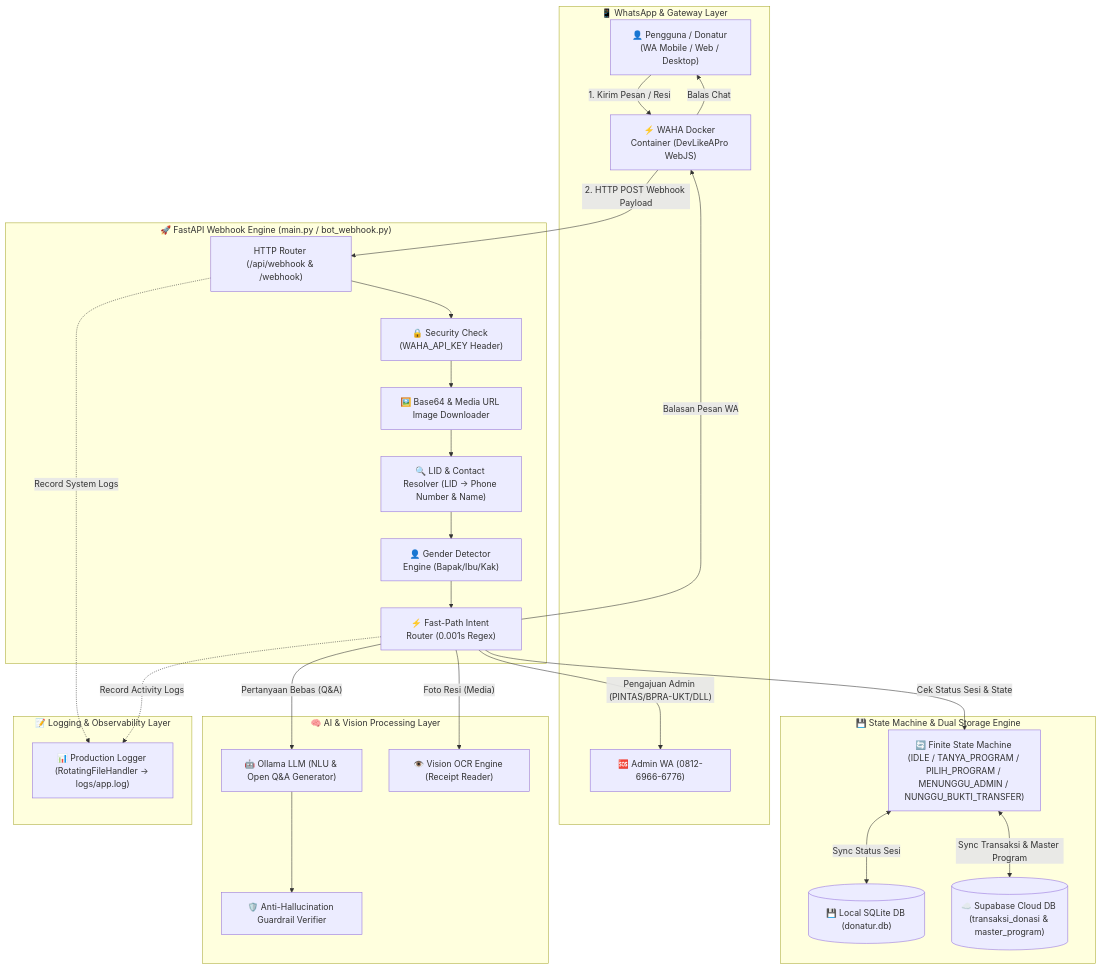
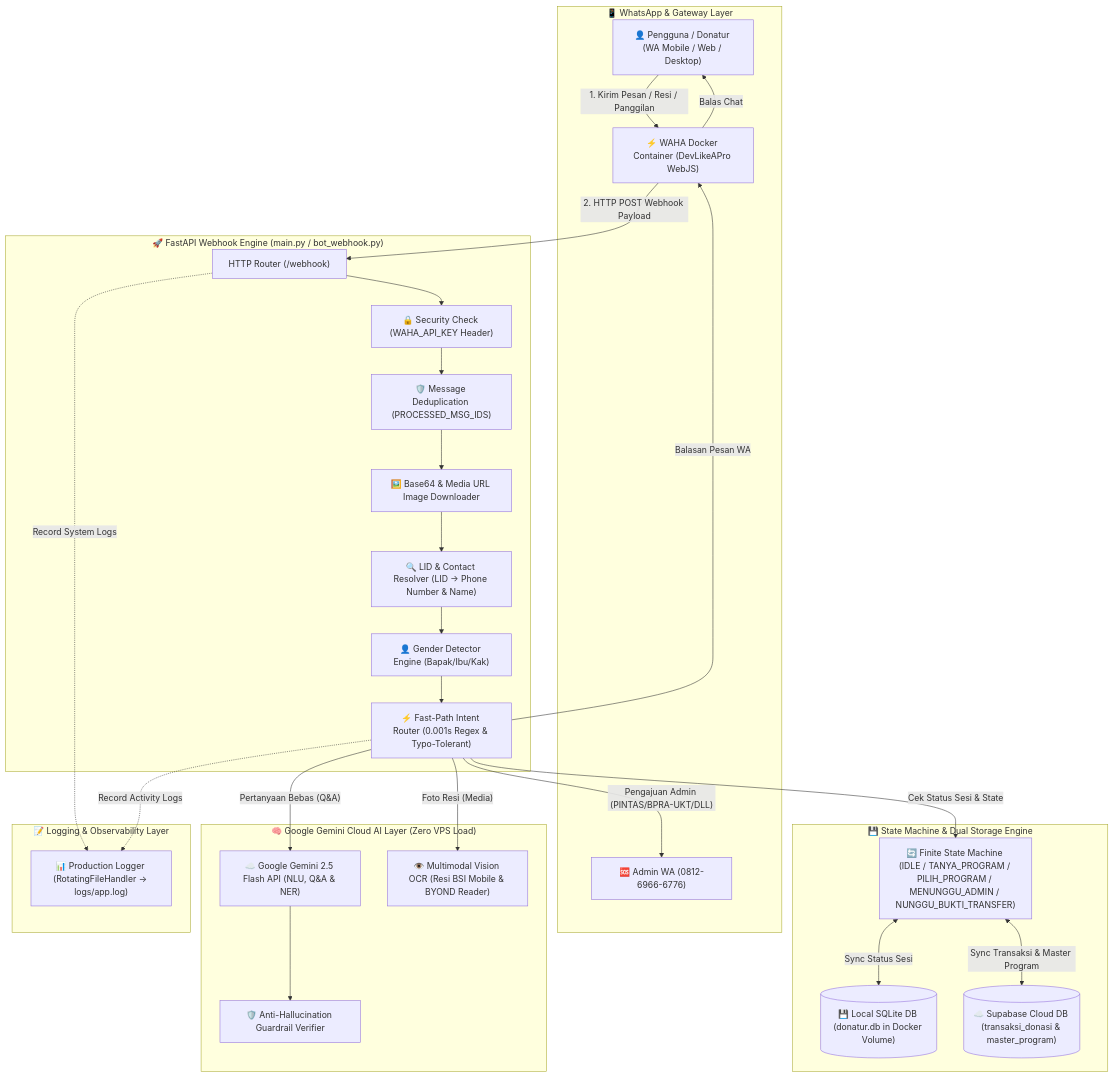
Before and after one commit to WafiJackson/Chatbot_Rumah_Amal: the first of 7 diagrams in README.md, drawn with Mermaid. The commit also changed other lines of this file and 1 other file, not shown here.

Commit message:
cloud api migration

````diff
--- a/README.md
+++ b/README.md
@@ -11,56 +11,58 @@
 ```mermaid
 flowchart TD
     subgraph WA_Layer ["📱 WhatsApp & Gateway Layer"]
         User["👤 Pengguna / Donatur (WA Mobile / Web / Desktop)"]
         WAHA["⚡ WAHA Docker Container (DevLikeAPro WebJS)"]
         AdminWA["🆘 Admin WA (0812-6966-6776)"]
     end
 
     subgraph App_Layer ["🚀 FastAPI Webhook Engine (main.py / bot_webhook.py)"]
-        Router["HTTP Router (/api/webhook & /webhook)"]
+        Router["HTTP Router (/webhook)"]
         AuthCheck["🔒 Security Check (WAHA_API_KEY Header)"]
+        Deduplication["🛡️ Message Deduplication (PROCESSED_MSG_IDS)"]
         GenderEngine["👤 Gender Detector Engine (Bapak/Ibu/Kak)"]
         MediaDecoder["🖼️ Base64 & Media URL Image Downloader"]
         LIDResolver["🔍 LID & Contact Resolver (LID -> Phone Number & Name)"]
-        FastPath["⚡ Fast-Path Intent Router (0.001s Regex)"]
+        FastPath["⚡ Fast-Path Intent Router (0.001s Regex & Typo-Tolerant)"]
     end
 
     subgraph State_Layer ["💾 State Machine & Dual Storage Engine"]
         FSM["🔄 Finite State Machine (IDLE / TANYA_PROGRAM / PILIH_PROGRAM / MENUNGGU_ADMIN / NUNGGU_BUKTI_TRANSFER)"]
-        SQLiteDB[("💾 Local SQLite DB (donatur.db)")]
+        SQLiteDB[("💾 Local SQLite DB (donatur.db in Docker Volume)")]
         SupabaseDB[("☁️ Supabase Cloud DB (transaksi_donasi & master_program)")]
     end
 
-    subgraph AI_Layer ["🧠 AI & Vision Processing Layer"]
-        OllamaLLM["🤖 Ollama LLM (NLU & Open Q&A Generator)"]
+    subgraph AI_Layer ["🧠 Google Gemini Cloud AI Layer (Zero VPS Load)"]
+        GeminiAPI["☁️ Google Gemini 2.5 Flash API (NLU, Q&A & NER)"]
         Guardrail["🛡️ Anti-Hallucination Guardrail Verifier"]
-        VisionOCR["👁️ Vision OCR Engine (Receipt Reader)"]
+        VisionOCR["👁️ Multimodal Vision OCR (Resi BSI Mobile & BYOND Reader)"]
     end
 
     subgraph Log_Layer ["📝 Logging & Observability Layer"]
         ProdLogger["📊 Production Logger (RotatingFileHandler -> logs/app.log)"]
     end
 
-    User -->|"1. Kirim Pesan / Resi"| WAHA
+    User -->|"1. Kirim Pesan / Resi / Panggilan"| WAHA
     WAHA -->|"2. HTTP POST Webhook Payload"| Router
     Router --> AuthCheck
-    AuthCheck --> MediaDecoder
+    AuthCheck --> Deduplication
+    Deduplication --> MediaDecoder
     MediaDecoder --> LIDResolver
     LIDResolver --> GenderEngine
     GenderEngine --> FastPath
 
     FastPath -->|"Cek Status Sesi & State"| FSM
     FSM <-->|"Sync Status Sesi"| SQLiteDB
     FSM <-->|"Sync Transaksi & Master Program"| SupabaseDB
 
     FastPath -->|"Foto Resi (Media)"| VisionOCR
-    FastPath -->|"Pertanyaan Bebas (Q&A)"| OllamaLLM
-    OllamaLLM --> Guardrail
+    FastPath -->|"Pertanyaan Bebas (Q&A)"| GeminiAPI
+    GeminiAPI --> Guardrail
 
     FastPath -->|"Pengajuan Admin (PINTAS/BPRA-UKT/DLL)"| AdminWA
     FastPath -->|"Balasan Pesan WA"| WAHA
     WAHA -->|"Balas Chat"| User
 
     Router -.->|"Record System Logs"| ProdLogger
     FastPath -.->|"Record Activity Logs"| ProdLogger
 ```
````
